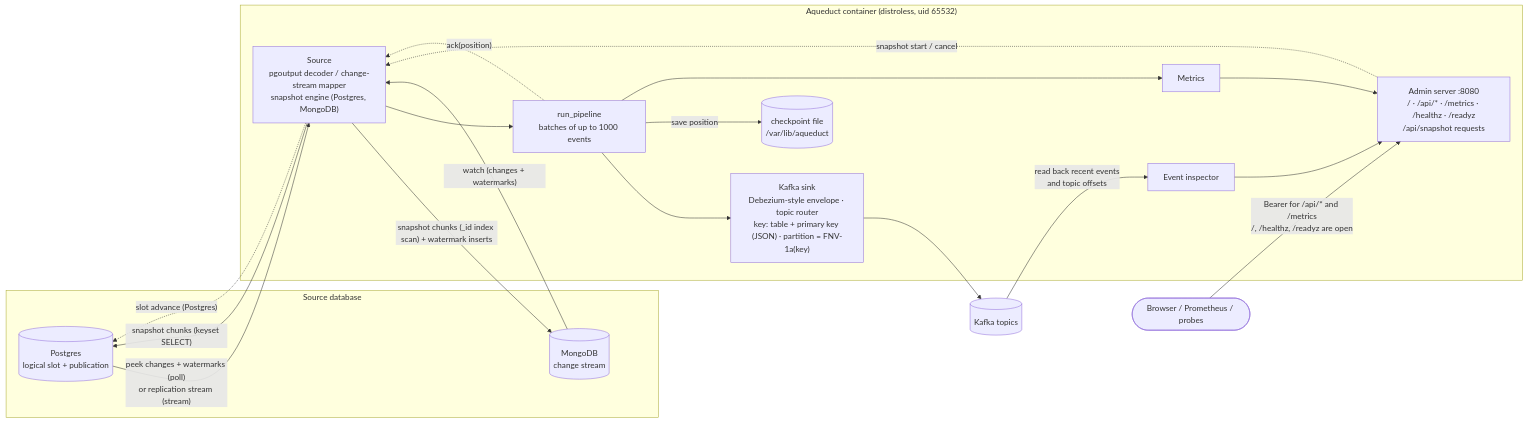
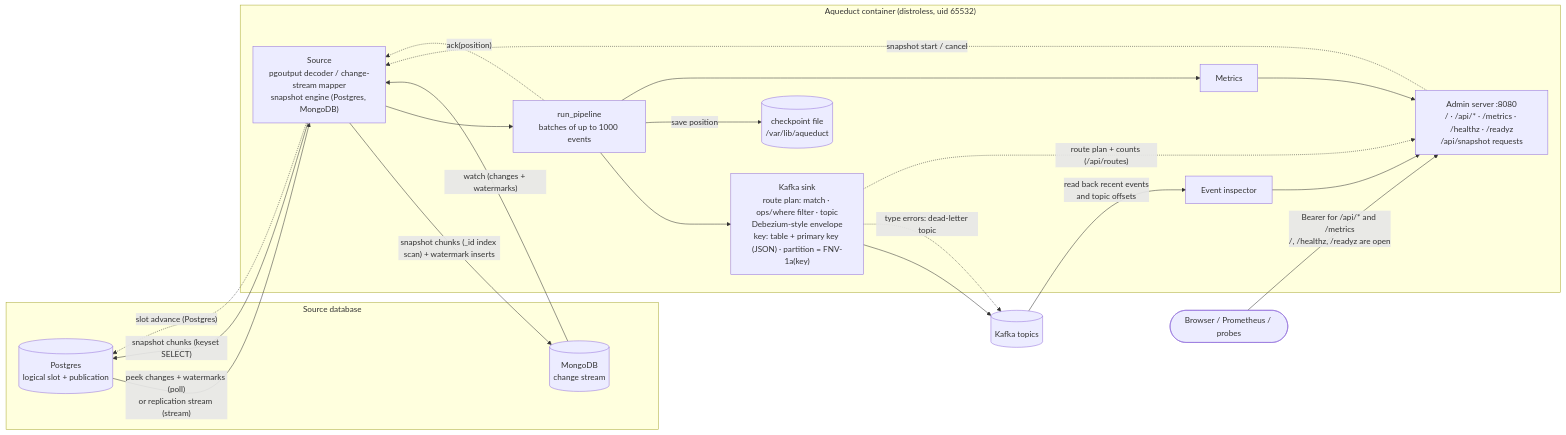
Before and after one commit to yarncraft/aqueduct: the first of 3 diagrams in README.md, drawn with Mermaid. The commit also changed other lines of this file and 13 other files, not shown here.

Commit message:
feat(routing): filter events per route and send failures to a dead-letter topic (#81) (#142)

````diff
--- a/README.md
+++ b/README.md
@@ -18,33 +18,35 @@
 ```mermaid
 flowchart LR
     subgraph db["Source database"]
         PG[("Postgres<br/>logical slot + publication")]
         MG[("MongoDB<br/>change stream")]
     end
 
     subgraph aq["Aqueduct container (distroless, uid 65532)"]
         SRC["Source<br/>pgoutput decoder / change-stream mapper<br/>snapshot engine (Postgres, MongoDB)"]
         PIPE["run_pipeline<br/>batches of up to 1000 events"]
-        SINK["Kafka sink<br/>Debezium-style envelope · topic router<br/>key: table + primary key (JSON) · partition = FNV-1a(key)"]
+        SINK["Kafka sink<br/>route plan: match · ops/where filter · topic<br/>Debezium-style envelope<br/>key: table + primary key (JSON) · partition = FNV-1a(key)"]
         CK[("checkpoint file<br/>/var/lib/aqueduct")]
         MET["Metrics"]
         ADM["Admin server :8080<br/>/ · /api/* · /metrics · /healthz · /readyz<br/>/api/snapshot requests"]
         INS["Event inspector"]
     end
 
     K[("Kafka topics")]
     U(["Browser / Prometheus / probes"])
 
     PG -- "peek changes + watermarks (poll)<br/>or replication stream (stream)" --> SRC
     SRC -- "snapshot chunks (keyset SELECT)" --> PG
     MG -- "watch (changes + watermarks)" --> SRC
     SRC -- "snapshot chunks (_id index scan) + watermark inserts" --> MG
     SRC --> PIPE --> SINK --> K
+    SINK -. "type errors: dead-letter topic" .-> K
+    SINK -. "route plan + counts (/api/routes)" .-> ADM
     PIPE -- "save position" --> CK
     PIPE -. "ack(position)" .-> SRC
     SRC -. "slot advance (Postgres)" .-> PG
     PIPE --> MET --> ADM
     ADM -. "snapshot start / cancel" .-> SRC
     K -- "read back recent events<br/>and topic offsets" --> INS --> ADM
     U -- "Bearer for /api/* and /metrics<br/>/, /healthz, /readyz are open" --> ADM
 ```
````
